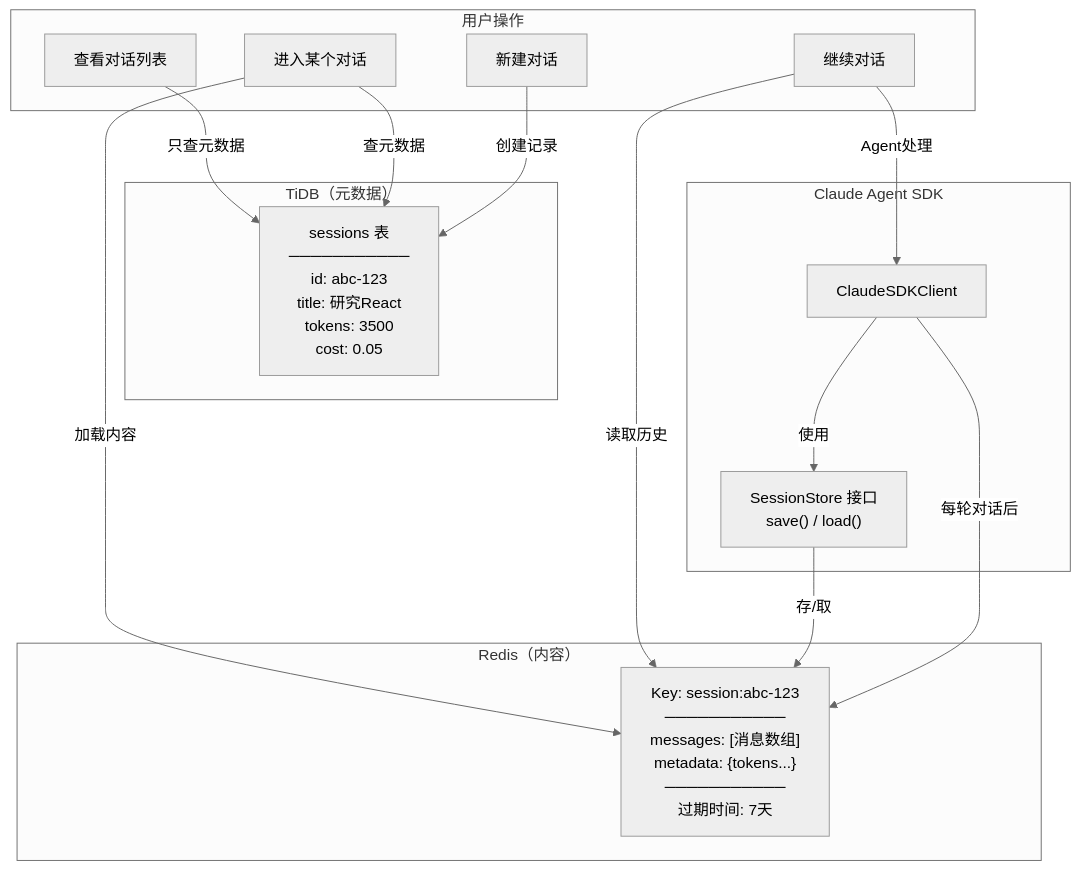
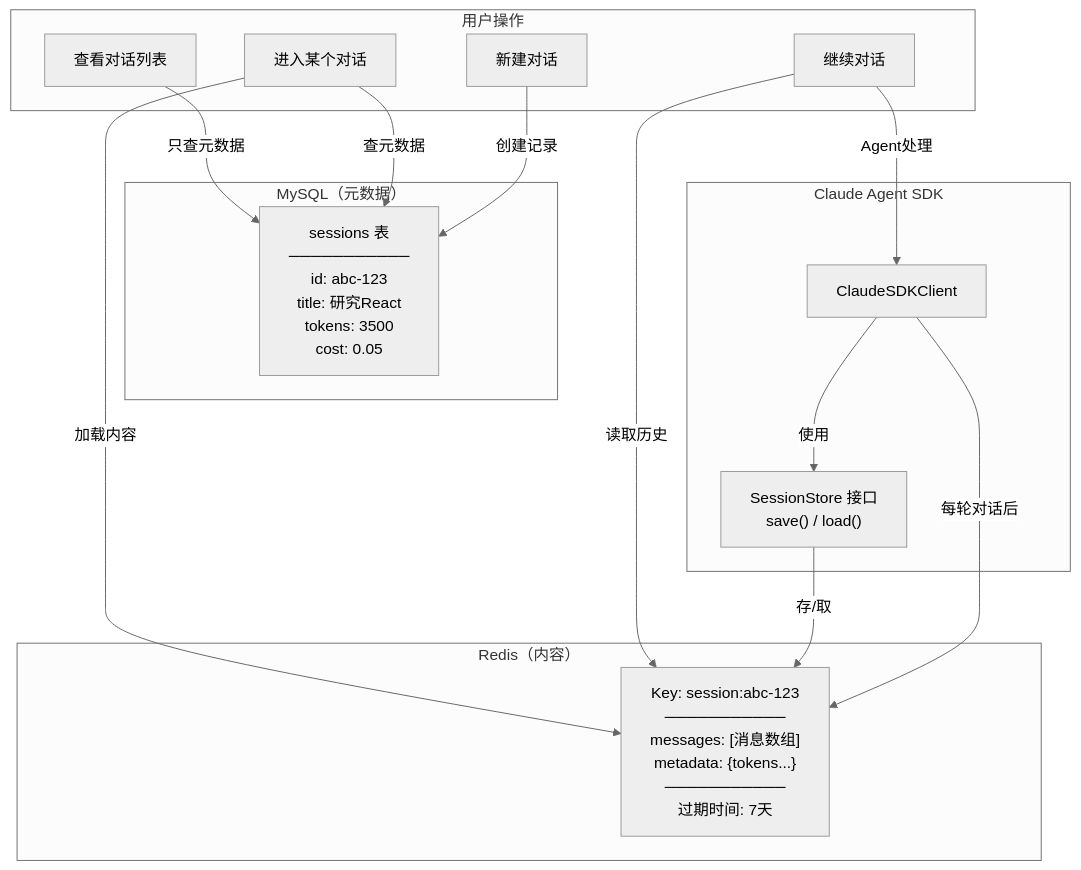
One commit to xiaocaipi/mm-doc changed the tenth of 27 diagrams in agent/agent_project_design_1.md. Above: the diagram before and after it, drawn with Mermaid (neutral theme). The commit also changed other lines of this file and 1 other file, not shown here.

````diff
--- a/agent/agent_project_design_1.md
+++ b/agent/agent_project_design_1.md
@@ -525,33 +557,33 @@
 ```mermaid
 flowchart TB
     subgraph USER["用户操作"]
         A1["查看对话列表"]
         A2["进入某个对话"]
         A3["继续对话"]
         A4["新建对话"]
     end
     
-    subgraph TIDB["TiDB（元数据）"]
+    subgraph MYSQL["MySQL（元数据）"]
         M1["sessions 表<br/>───────────<br/>id: abc-123<br/>title: 研究React<br/>tokens: 3500<br/>cost: 0.05"]
     end
     
     subgraph REDIS["Redis（内容）"]
         R1["Key: session:abc-123<br/>───────────<br/>messages: [消息数组]<br/>metadata: {tokens...}<br/>───────────<br/>过期时间: 7天"]
     end
     
     subgraph SDK["Claude Agent SDK"]
         S1["ClaudeSDKClient"]
         S2["SessionStore 接口<br/>save() / load()"]
     end
     
     A1 -->|"只查元数据"| M1
     A2 -->|"查元数据"| M1
     A2 -->|"加载内容"| R1
     A3 -->|"读取历史"| R1
     A3 -->|"Agent处理"| S1
     A4 -->|"创建记录"| M1
     
     S1 -->|"使用"| S2
     S2 -->|"存/取"| R1
     S1 -->|"每轮对话后"| R1
 ```
````
